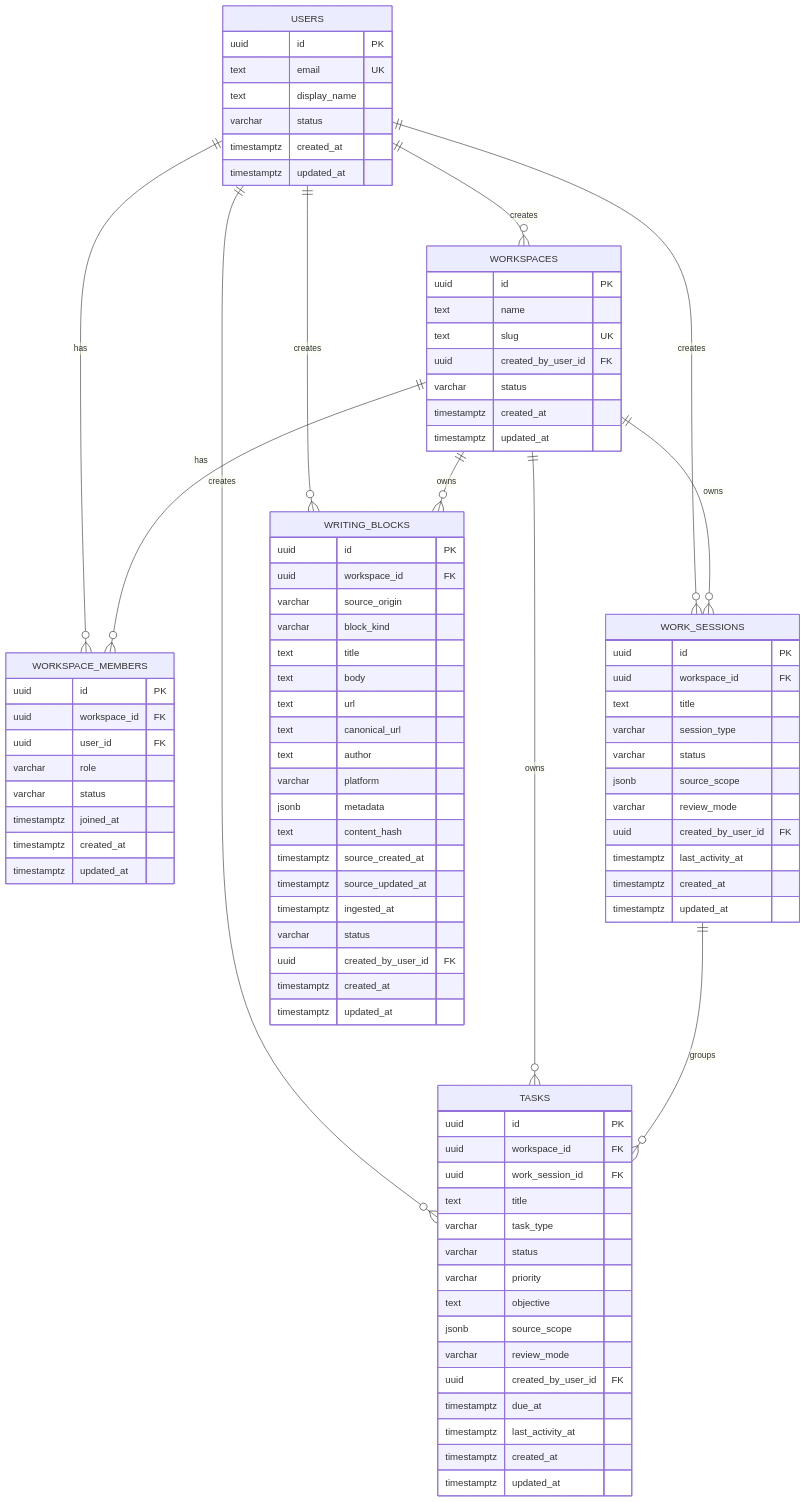
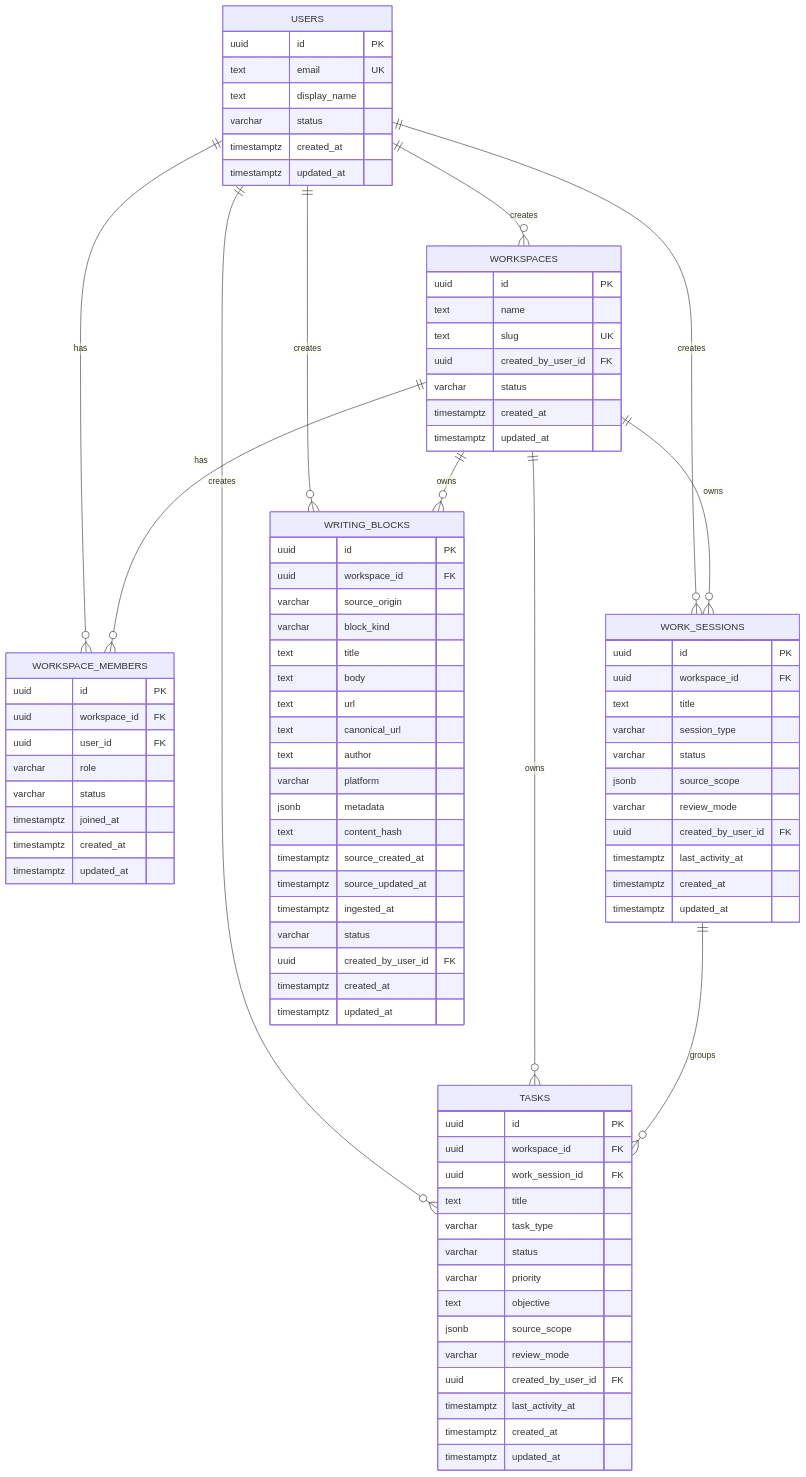
One commit to plot-labs/plot changed the second of 2 diagrams in docs/specs/2026-07-04-api-domain-foundation-design.md. Above: the diagram before and after it, drawn with Mermaid. The commit also changed other lines of this file and 2 other files, not shown here.

Commit message:
docs: remove task due date from foundation

```diff
--- a/docs/specs/2026-07-04-api-domain-foundation-design.md
+++ b/docs/specs/2026-07-04-api-domain-foundation-design.md
@@ -289,7 +288,6 @@
         jsonb source_scope
         varchar review_mode
         uuid created_by_user_id FK
-        timestamptz due_at
         timestamptz last_activity_at
         timestamptz created_at
         timestamptz updated_at
```
